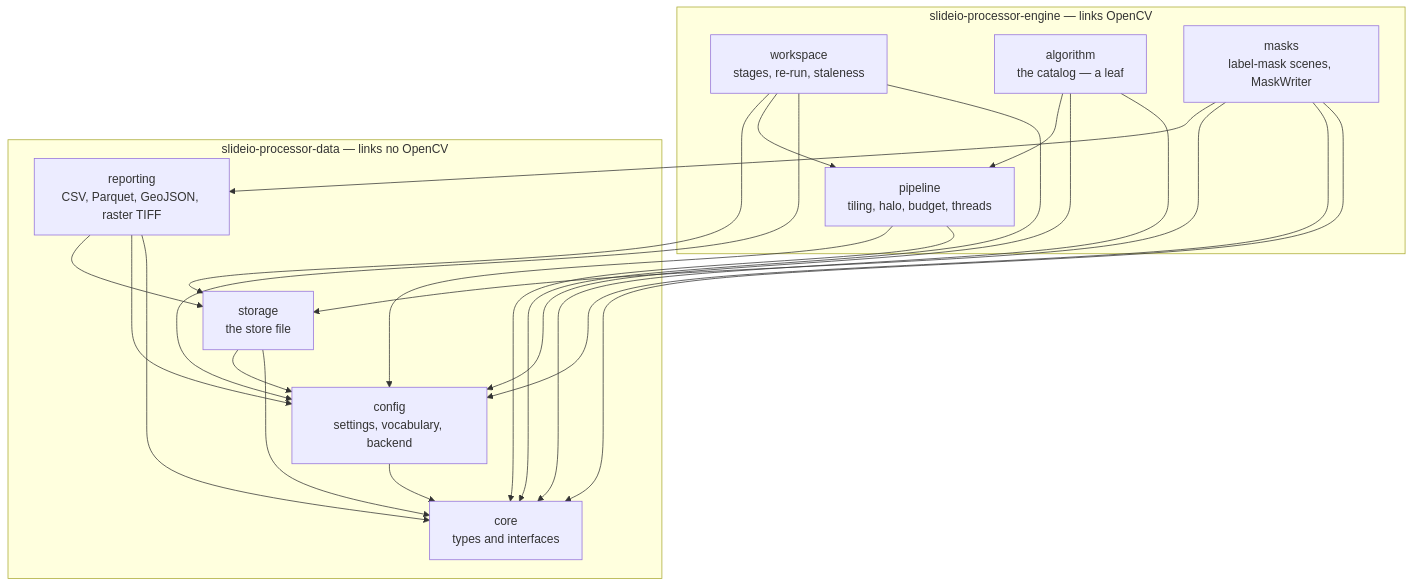
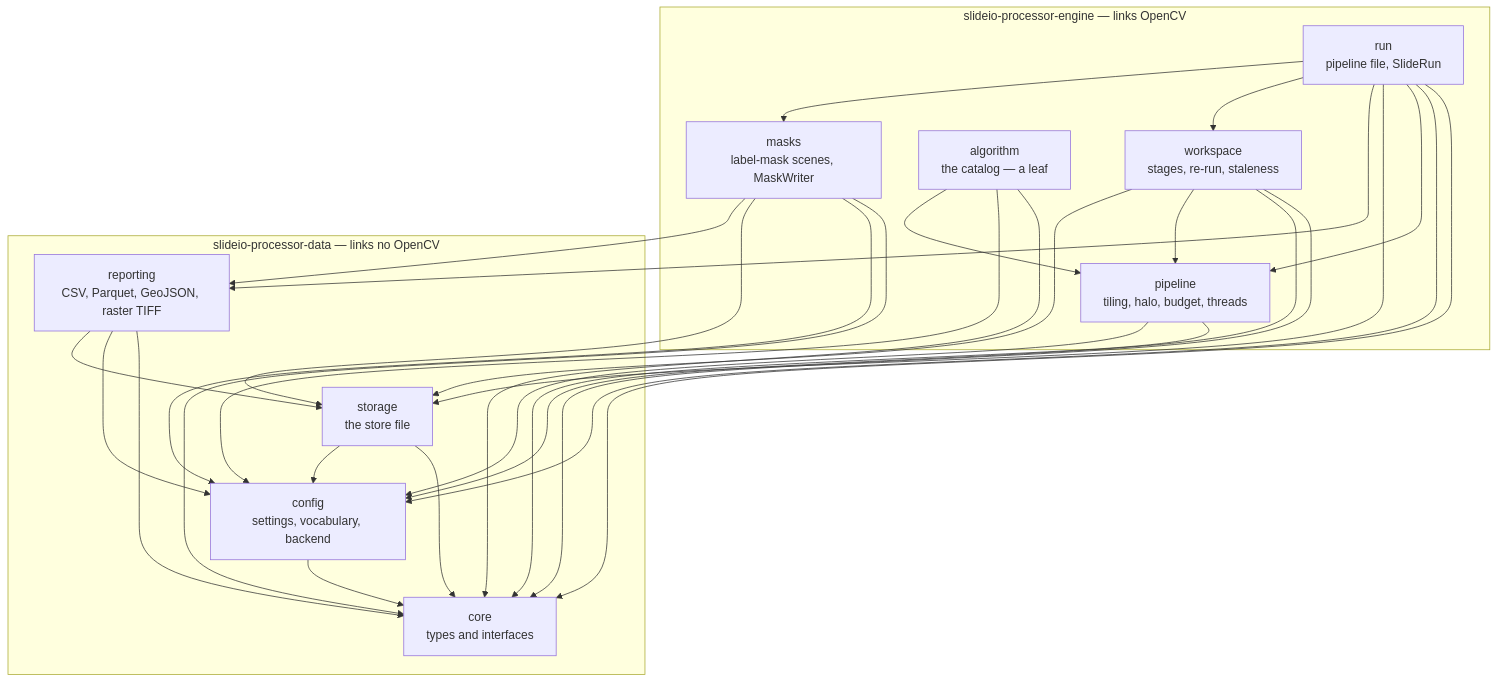
The first of 16 diagrams in docs/superpowers/specs/sds/08-class-diagrams.md (Booritas/slideio-processor), drawn with Mermaid before and after one commit. The commit also changed other lines of this file and 15 other files, not shown here.

Commit message:
feat(run): SlideRun runs a pipeline file against one slide and writes its exports atomically

````diff
--- a/docs/superpowers/specs/sds/08-class-diagrams.md
+++ b/docs/superpowers/specs/sds/08-class-diagrams.md
@@ -40,35 +41,43 @@
 ```mermaid
 flowchart TB
     subgraph engine["slideio-processor-engine — links OpenCV"]
         workspace["workspace<br/>stages, re-run, staleness"]
         algorithm["algorithm<br/>the catalog — a leaf"]
         pipeline["pipeline<br/>tiling, halo, budget, threads"]
         masks["masks<br/>label-mask scenes, MaskWriter"]
+        run["run<br/>pipeline file, SlideRun"]
     end
     subgraph data["slideio-processor-data — links no OpenCV"]
         reporting["reporting<br/>CSV, Parquet, GeoJSON, raster TIFF"]
         storage["storage<br/>the store file"]
         config["config<br/>settings, vocabulary, backend"]
         core["core<br/>types and interfaces"]
     end
 
     config --> core
     storage --> core
     storage --> config
     reporting --> core
     reporting --> config
     reporting --> storage
     pipeline --> core
     pipeline --> config
     algorithm --> core
     algorithm --> config
     algorithm --> pipeline
     workspace --> core
     workspace --> config
     workspace --> pipeline
     workspace --> storage
     masks --> core
     masks --> config
     masks --> storage
     masks --> reporting
+    run --> core
+    run --> config
+    run --> pipeline
+    run --> storage
+    run --> reporting
+    run --> workspace
+    run --> masks
 ```
````
